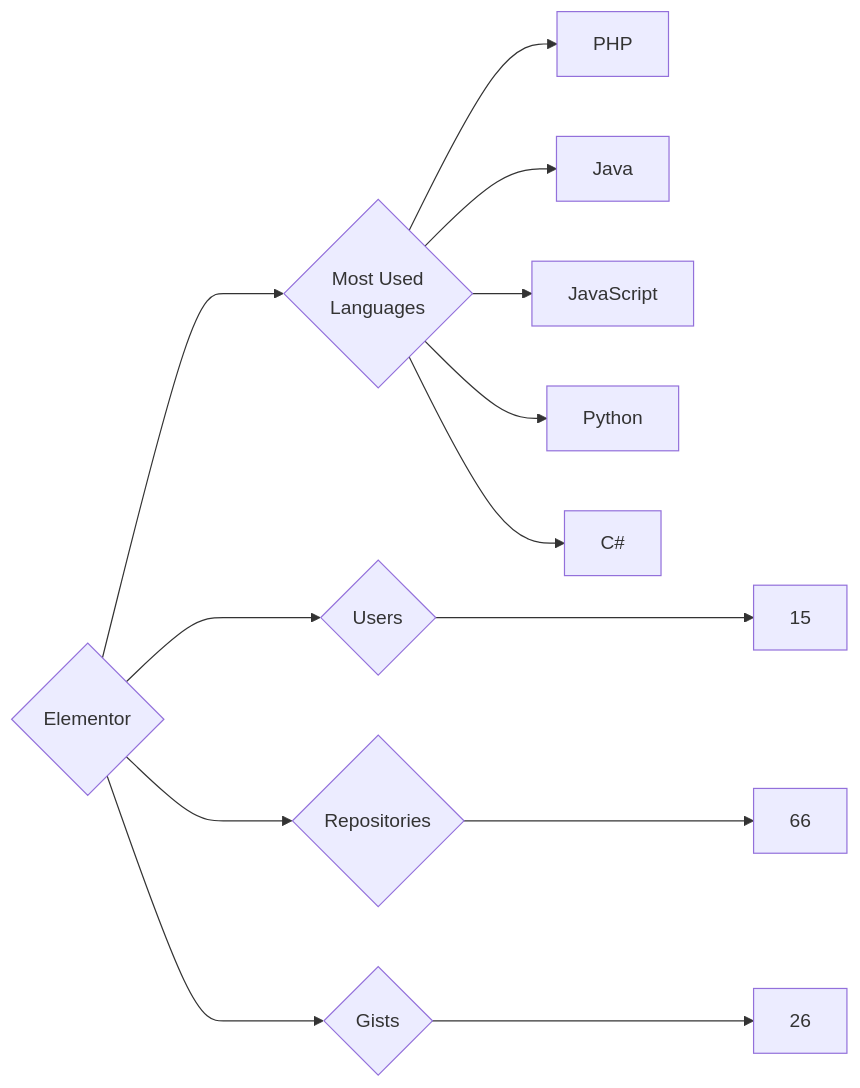
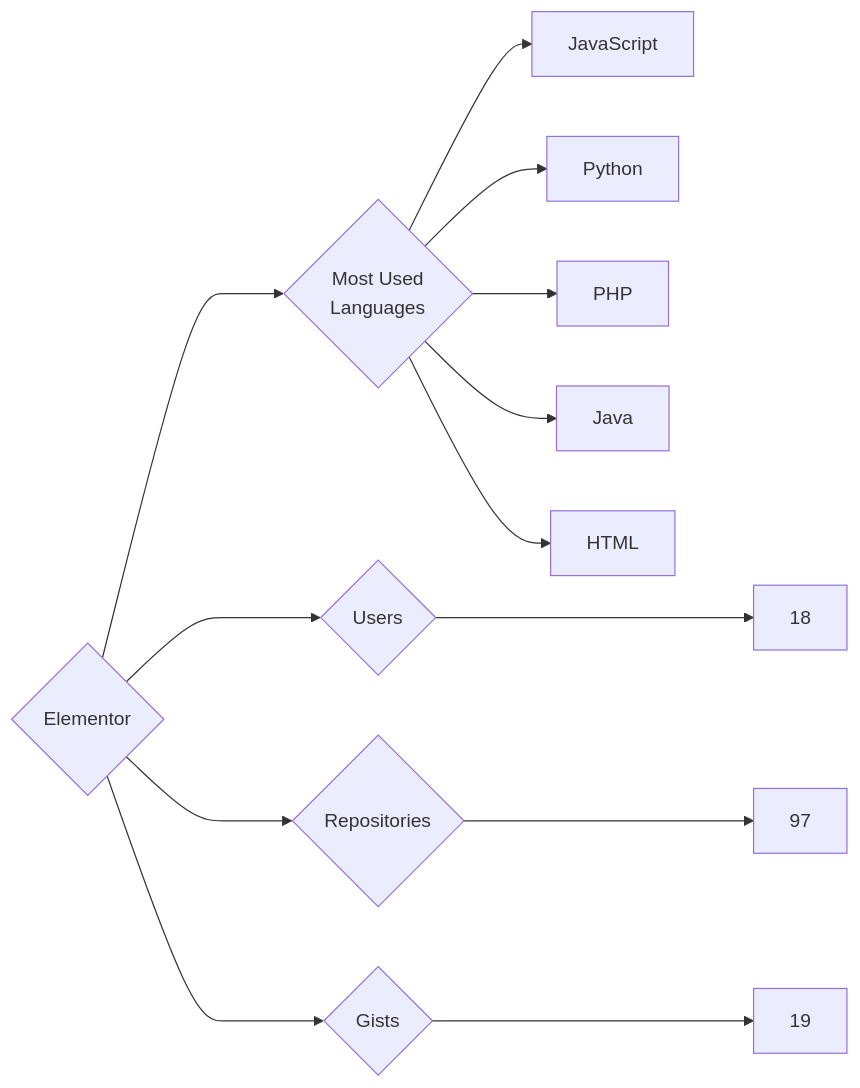
Before and after one commit to trickest/insiders: the diagram in targets/Elementor/README.md, drawn with Mermaid. The commit also changed 951 other files, not shown here.

````diff
--- a/targets/Elementor/README.md
+++ b/targets/Elementor/README.md
@@ -3,13 +3,13 @@
 ```mermaid
 graph LR
 COMPANY_NAME{Elementor}
-COMPANY_NAME ---> U{Users} ---> UN[15]
-COMPANY_NAME ---> R{Repositories} ---> RN[66]
-COMPANY_NAME ---> G{Gists} ---> GN[26]
+COMPANY_NAME ---> U{Users} ---> UN[18]
+COMPANY_NAME ---> R{Repositories} ---> RN[97]
+COMPANY_NAME ---> G{Gists} ---> GN[19]
 COMPANY_NAME ---> ML{Most Used<br>Languages}
-ML --> PHP
-ML --> Java
-ML --> JavaScript
-ML --> Python
-ML --> C#
+ML --> JavaScript[JavaScript]
+ML --> Python[Python]
+ML --> PHP[PHP]
+ML --> Java[Java]
+ML --> HTML[HTML]
 ```
````
